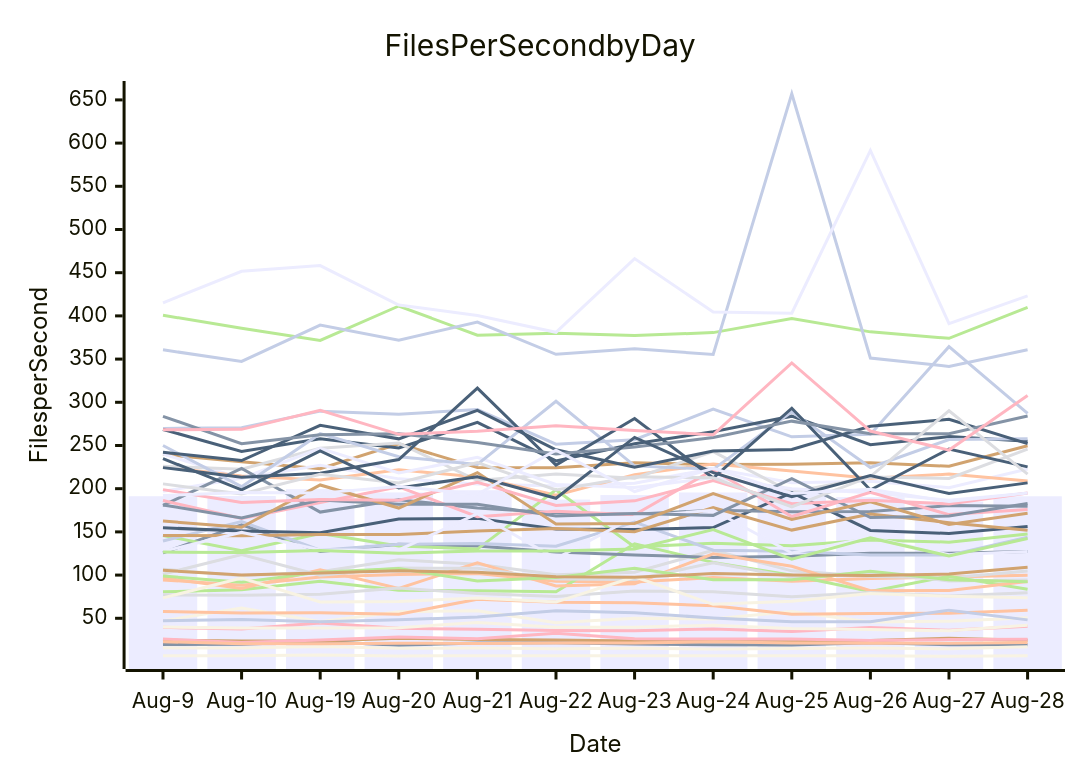
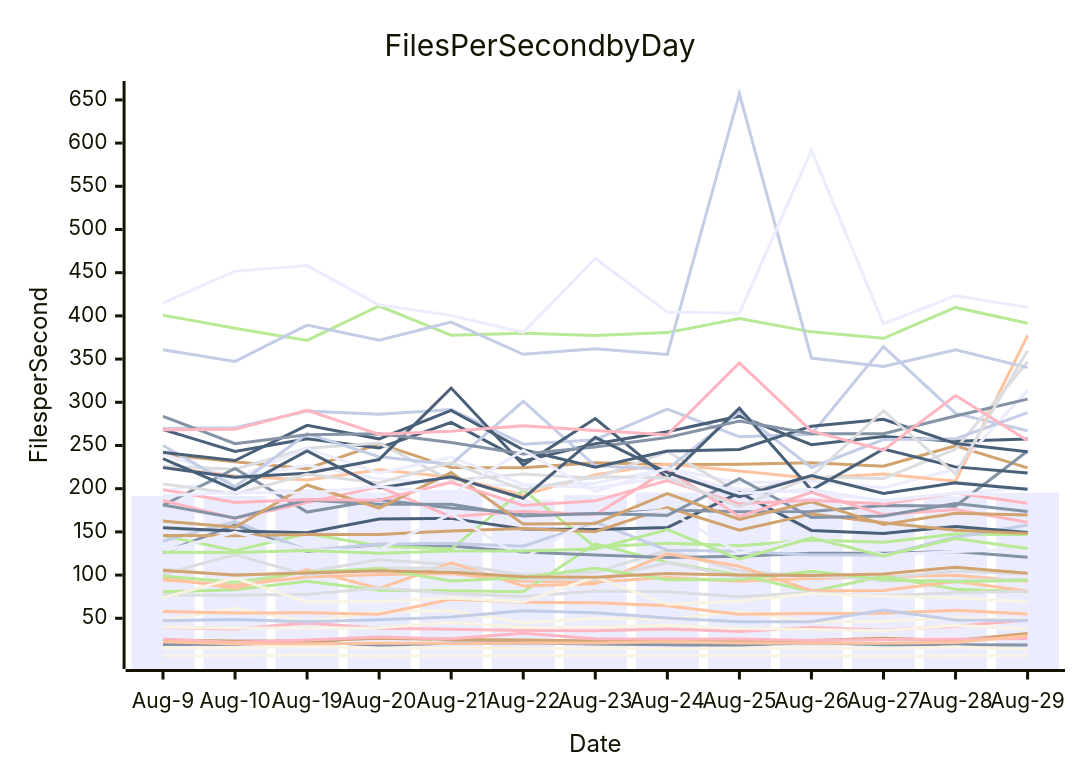
One commit to streetsidesoftware/cspell changed the diagram in perf-report.md. Above: the diagram before and after it, drawn with Mermaid. The commit also changed other lines of this file and 2 other files, not shown here.

````diff
--- a/perf-report.md
+++ b/perf-report.md
@@ -11,57 +11,57 @@
 ```mermaid
 xychart-beta
     title Files Per Second by Day
     y-axis Files per Second
-    x-axis Date [Aug-9, Aug-10, Aug-19, Aug-20, Aug-21, Aug-22, Aug-23, Aug-24, Aug-25, Aug-26, Aug-27, Aug-28]
-    bar [191.27, 191.48, 199.45, 195.67, 198.22, 187.40, 192.61, 195.61, 200.69, 190.24, 185.15, 191.23]
-    line [19.76, 19.87, 23.15, 18.80, 21.30, 21.70, 20.11, 19.24, 18.97, 21.74, 19.44, 19.50]
-    line [94.45, 88.13, 97.66, 100.71, 101.93, 92.80, 92.11, 97.07, 92.83, 96.14, 97.78, 99.79]
-    line [106.66, 99.38, 103.80, 117.71, 112.47, 100.50, 103.30, 128.71, 104.89, 98.28, 96.78, 104.60]
-    line [80.61, 83.15, 92.81, 82.44, 81.86, 80.75, 136.22, 114.72, 99.92, 81.00, 98.60, 83.62]
-    line [239.79, 231.09, 223.10, 252.00, 224.60, 224.17, 230.06, 227.93, 228.22, 229.99, 225.97, 249.68]
-    line [269.81, 270.47, 289.77, 286.14, 291.59, 251.52, 256.69, 292.19, 260.02, 262.94, 364.38, 287.21]
-    line [39.52, 37.52, 44.46, 38.46, 37.42, 35.96, 35.65, 37.61, 34.82, 39.47, 36.12, 40.86]
-    line [268.54, 243.09, 257.77, 247.18, 276.72, 232.23, 252.08, 266.01, 283.94, 251.01, 260.27, 254.92]
-    line [6.78, 6.60, 7.51, 6.38, 6.72, 6.55, 6.77, 6.55, 6.58, 6.64, 6.06, 6.53]
-    line [240.17, 211.99, 227.00, 211.38, 205.51, 203.10, 206.43, 223.33, 206.89, 208.72, 201.20, 222.72]
-    line [125.68, 158.27, 127.25, 135.61, 133.76, 126.70, 123.28, 120.42, 121.90, 125.42, 125.26, 127.33]
-    line [225.24, 214.74, 210.02, 221.88, 213.58, 192.56, 216.27, 228.68, 220.47, 211.98, 216.89, 208.83]
-    line [225.91, 222.58, 246.74, 252.74, 209.47, 217.12, 212.13, 242.98, 195.81, 213.43, 211.78, 245.83]
-    line [145.75, 128.32, 148.05, 133.76, 130.09, 198.58, 132.66, 136.89, 133.84, 140.74, 138.14, 147.54]
-    line [24.65, 23.72, 23.68, 26.94, 25.51, 24.79, 23.76, 23.53, 22.75, 24.32, 26.78, 24.44]
-    line [139.45, 161.93, 128.87, 135.71, 136.66, 133.36, 161.38, 128.87, 127.62, 123.35, 123.11, 143.71]
-    line [25.95, 22.03, 24.86, 28.29, 26.21, 32.71, 26.20, 26.09, 26.00, 24.43, 25.37, 25.72]
-    line [154.75, 150.93, 149.02, 164.86, 165.64, 153.35, 152.64, 155.02, 195.52, 151.70, 148.17, 156.31]
-    line [15.80, 15.53, 17.25, 15.28, 15.49, 14.84, 15.46, 14.39, 15.01, 15.63, 14.69, 17.08]
-    line [196.97, 211.99, 246.59, 218.10, 236.31, 204.94, 201.38, 212.81, 200.01, 195.34, 186.50, 194.59]
-    line [180.75, 223.35, 172.94, 187.16, 177.68, 172.01, 170.49, 175.09, 173.22, 173.59, 180.48, 179.74]
-    line [96.93, 84.41, 106.12, 84.61, 114.12, 87.31, 89.99, 124.55, 110.24, 81.92, 82.24, 92.49]
-    line [77.16, 76.75, 77.91, 84.91, 78.76, 75.34, 81.46, 80.77, 74.97, 79.78, 75.90, 79.64]
-    line [400.74, 385.62, 371.65, 411.46, 377.61, 379.88, 377.18, 380.64, 396.91, 381.52, 374.08, 409.79]
-    line [145.79, 145.58, 147.10, 147.08, 151.07, 153.94, 150.27, 178.09, 152.08, 170.66, 160.71, 152.01]
-    line [249.96, 202.34, 263.67, 236.99, 228.06, 301.20, 226.40, 222.40, 289.06, 224.56, 256.87, 257.70]
-    line [186.27, 165.43, 184.07, 202.12, 167.51, 173.85, 169.85, 221.75, 167.75, 195.90, 170.00, 175.89]
-    line [224.37, 213.27, 217.89, 233.79, 316.48, 227.32, 281.23, 212.31, 293.11, 198.49, 245.94, 225.24]
-    line [47.00, 61.84, 45.89, 57.63, 58.67, 44.77, 49.92, 49.06, 57.90, 45.60, 46.71, 50.51]
-    line [127.47, 149.55, 129.16, 129.10, 170.99, 119.13, 167.47, 175.06, 125.57, 143.51, 123.67, 127.21]
-    line [181.18, 166.12, 186.93, 181.85, 181.88, 168.34, 171.35, 169.12, 211.70, 166.64, 168.34, 182.86]
-    line [57.90, 56.15, 56.35, 54.76, 71.89, 68.47, 68.09, 64.39, 54.76, 55.64, 55.71, 59.28]
-    line [101.07, 123.80, 99.87, 108.06, 107.98, 95.34, 94.96, 114.12, 97.84, 103.09, 93.25, 94.27]
-    line [98.84, 91.76, 103.43, 107.49, 93.08, 97.11, 107.90, 94.53, 94.47, 104.38, 94.67, 92.38]
-    line [162.48, 155.40, 204.32, 177.59, 218.64, 159.00, 159.79, 194.26, 164.45, 184.75, 158.60, 171.47]
-    line [360.76, 347.31, 389.41, 371.89, 392.82, 355.53, 361.83, 355.43, 657.12, 351.25, 341.51, 360.76]
-    line [198.91, 184.05, 187.41, 186.67, 207.48, 180.49, 185.92, 209.38, 182.67, 186.49, 182.43, 194.97]
-    line [242.10, 232.62, 273.32, 257.69, 290.62, 245.10, 224.83, 243.49, 245.36, 272.30, 280.33, 252.18]
-    line [73.60, 96.61, 68.89, 69.48, 73.38, 68.77, 97.84, 66.15, 69.59, 78.77, 75.57, 73.80]
-    line [415.14, 451.69, 458.22, 412.53, 400.53, 380.98, 466.37, 404.40, 403.18, 591.49, 390.96, 423.25]
-    line [283.77, 252.09, 262.36, 263.68, 253.37, 240.18, 248.22, 259.20, 278.18, 263.50, 263.68, 284.05]
-    line [22.84, 20.59, 20.47, 21.22, 20.90, 21.42, 21.40, 22.88, 21.36, 21.22, 21.19, 22.04]
-    line [205.56, 193.98, 216.67, 206.61, 230.20, 198.53, 213.69, 212.64, 179.07, 214.07, 290.22, 216.81]
-    line [126.64, 126.17, 128.45, 125.27, 127.94, 127.77, 130.20, 152.67, 118.34, 143.02, 122.15, 142.33]
-    line [105.46, 100.11, 102.43, 104.89, 103.21, 98.21, 97.36, 101.78, 100.00, 99.58, 101.28, 109.08]
-    line [47.26, 48.66, 46.00, 48.26, 51.42, 58.83, 56.30, 50.38, 45.97, 45.91, 59.43, 48.16]
-    line [268.09, 268.70, 290.78, 262.94, 266.60, 272.93, 267.45, 262.37, 345.57, 266.69, 244.68, 307.76]
-    line [234.76, 198.61, 243.75, 200.90, 213.71, 188.91, 259.37, 218.53, 190.79, 215.33, 194.36, 206.72]
-    line [39.98, 38.63, 38.64, 39.11, 45.24, 39.50, 39.66, 42.07, 38.23, 36.94, 35.58, 41.81]
-    line [192.03, 195.48, 194.87, 202.54, 193.62, 244.63, 196.70, 223.56, 194.58, 199.46, 185.25, 194.89]
+    x-axis Date [Aug-9, Aug-10, Aug-19, Aug-20, Aug-21, Aug-22, Aug-23, Aug-24, Aug-25, Aug-26, Aug-27, Aug-28, Aug-29]
+    bar [191.27, 191.48, 199.45, 195.67, 198.22, 187.40, 192.61, 195.61, 200.69, 190.24, 185.15, 191.23, 195.37]
+    line [19.76, 19.87, 23.15, 18.80, 21.30, 21.70, 20.11, 19.24, 18.97, 21.74, 19.44, 19.50, 19.20]
+    line [94.45, 88.13, 97.66, 100.71, 101.93, 92.80, 92.11, 97.07, 92.83, 96.14, 97.78, 99.79, 92.99]
+    line [106.66, 99.38, 103.80, 117.71, 112.47, 100.50, 103.30, 128.71, 104.89, 98.28, 96.78, 104.60, 101.13]
+    line [80.61, 83.15, 92.81, 82.44, 81.86, 80.75, 136.22, 114.72, 99.92, 81.00, 98.60, 83.62, 80.81]
+    line [239.79, 231.09, 223.10, 252.00, 224.60, 224.17, 230.06, 227.93, 228.22, 229.99, 225.97, 249.68, 224.12]
+    line [269.81, 270.47, 289.77, 286.14, 291.59, 251.52, 256.69, 292.19, 260.02, 262.94, 364.38, 287.21, 267.07]
+    line [39.52, 37.52, 44.46, 38.46, 37.42, 35.96, 35.65, 37.61, 34.82, 39.47, 36.12, 40.86, 48.01]
+    line [268.54, 243.09, 257.77, 247.18, 276.72, 232.23, 252.08, 266.01, 283.94, 251.01, 260.27, 254.92, 257.60]
+    line [6.78, 6.60, 7.51, 6.38, 6.72, 6.55, 6.77, 6.55, 6.58, 6.64, 6.06, 6.53, 6.57]
+    line [240.17, 211.99, 227.00, 211.38, 205.51, 203.10, 206.43, 223.33, 206.89, 208.72, 201.20, 222.72, 313.85]
+    line [125.68, 158.27, 127.25, 135.61, 133.76, 126.70, 123.28, 120.42, 121.90, 125.42, 125.26, 127.33, 120.64]
+    line [225.24, 214.74, 210.02, 221.88, 213.58, 192.56, 216.27, 228.68, 220.47, 211.98, 216.89, 208.83, 377.28]
+    line [225.91, 222.58, 246.74, 252.74, 209.47, 217.12, 212.13, 242.98, 195.81, 213.43, 211.78, 245.83, 346.89]
+    line [145.75, 128.32, 148.05, 133.76, 130.09, 198.58, 132.66, 136.89, 133.84, 140.74, 138.14, 147.54, 146.55]
+    line [24.65, 23.72, 23.68, 26.94, 25.51, 24.79, 23.76, 23.53, 22.75, 24.32, 26.78, 24.44, 32.43]
+    line [139.45, 161.93, 128.87, 135.71, 136.66, 133.36, 161.38, 128.87, 127.62, 123.35, 123.11, 143.71, 157.94]
+    line [25.95, 22.03, 24.86, 28.29, 26.21, 32.71, 26.20, 26.09, 26.00, 24.43, 25.37, 25.72, 26.51]
+    line [154.75, 150.93, 149.02, 164.86, 165.64, 153.35, 152.64, 155.02, 195.52, 151.70, 148.17, 156.31, 149.39]
+    line [15.80, 15.53, 17.25, 15.28, 15.49, 14.84, 15.46, 14.39, 15.01, 15.63, 14.69, 17.08, 14.10]
+    line [196.97, 211.99, 246.59, 218.10, 236.31, 204.94, 201.38, 212.81, 200.01, 195.34, 186.50, 194.59, 201.00]
+    line [180.75, 223.35, 172.94, 187.16, 177.68, 172.01, 170.49, 175.09, 173.22, 173.59, 180.48, 179.74, 243.56]
+    line [96.93, 84.41, 106.12, 84.61, 114.12, 87.31, 89.99, 124.55, 110.24, 81.92, 82.24, 92.49, 81.67]
+    line [77.16, 76.75, 77.91, 84.91, 78.76, 75.34, 81.46, 80.77, 74.97, 79.78, 75.90, 79.64, 81.40]
+    line [400.74, 385.62, 371.65, 411.46, 377.61, 379.88, 377.18, 380.64, 396.91, 381.52, 374.08, 409.79, 391.59]
+    line [145.79, 145.58, 147.10, 147.08, 151.07, 153.94, 150.27, 178.09, 152.08, 170.66, 160.71, 152.01, 148.28]
+    line [249.96, 202.34, 263.67, 236.99, 228.06, 301.20, 226.40, 222.40, 289.06, 224.56, 256.87, 257.70, 287.97]
+    line [186.27, 165.43, 184.07, 202.12, 167.51, 173.85, 169.85, 221.75, 167.75, 195.90, 170.00, 175.89, 161.05]
+    line [224.37, 213.27, 217.89, 233.79, 316.48, 227.32, 281.23, 212.31, 293.11, 198.49, 245.94, 225.24, 218.17]
+    line [47.00, 61.84, 45.89, 57.63, 58.67, 44.77, 49.92, 49.06, 57.90, 45.60, 46.71, 50.51, 48.37]
+    line [127.47, 149.55, 129.16, 129.10, 170.99, 119.13, 167.47, 175.06, 125.57, 143.51, 123.67, 127.21, 130.16]
+    line [181.18, 166.12, 186.93, 181.85, 181.88, 168.34, 171.35, 169.12, 211.70, 166.64, 168.34, 182.86, 173.63]
+    line [57.90, 56.15, 56.35, 54.76, 71.89, 68.47, 68.09, 64.39, 54.76, 55.64, 55.71, 59.28, 54.85]
+    line [101.07, 123.80, 99.87, 108.06, 107.98, 95.34, 94.96, 114.12, 97.84, 103.09, 93.25, 94.27, 95.28]
+    line [98.84, 91.76, 103.43, 107.49, 93.08, 97.11, 107.90, 94.53, 94.47, 104.38, 94.67, 92.38, 93.95]
+    line [162.48, 155.40, 204.32, 177.59, 218.64, 159.00, 159.79, 194.26, 164.45, 184.75, 158.60, 171.47, 169.60]
+    line [360.76, 347.31, 389.41, 371.89, 392.82, 355.53, 361.83, 355.43, 657.12, 351.25, 341.51, 360.76, 340.11]
+    line [198.91, 184.05, 187.41, 186.67, 207.48, 180.49, 185.92, 209.38, 182.67, 186.49, 182.43, 194.97, 183.27]
+    line [242.10, 232.62, 273.32, 257.69, 290.62, 245.10, 224.83, 243.49, 245.36, 272.30, 280.33, 252.18, 242.64]
+    line [73.60, 96.61, 68.89, 69.48, 73.38, 68.77, 97.84, 66.15, 69.59, 78.77, 75.57, 73.80, 69.15]
+    line [415.14, 451.69, 458.22, 412.53, 400.53, 380.98, 466.37, 404.40, 403.18, 591.49, 390.96, 423.25, 409.89]
+    line [283.77, 252.09, 262.36, 263.68, 253.37, 240.18, 248.22, 259.20, 278.18, 263.50, 263.68, 284.05, 303.63]
+    line [22.84, 20.59, 20.47, 21.22, 20.90, 21.42, 21.40, 22.88, 21.36, 21.22, 21.19, 22.04, 29.75]
+    line [205.56, 193.98, 216.67, 206.61, 230.20, 198.53, 213.69, 212.64, 179.07, 214.07, 290.22, 216.81, 359.94]
+    line [126.64, 126.17, 128.45, 125.27, 127.94, 127.77, 130.20, 152.67, 118.34, 143.02, 122.15, 142.33, 130.77]
+    line [105.46, 100.11, 102.43, 104.89, 103.21, 98.21, 97.36, 101.78, 100.00, 99.58, 101.28, 109.08, 102.06]
+    line [47.26, 48.66, 46.00, 48.26, 51.42, 58.83, 56.30, 50.38, 45.97, 45.91, 59.43, 48.16, 47.53]
+    line [268.09, 268.70, 290.78, 262.94, 266.60, 272.93, 267.45, 262.37, 345.57, 266.69, 244.68, 307.76, 255.74]
+    line [234.76, 198.61, 243.75, 200.90, 213.71, 188.91, 259.37, 218.53, 190.79, 215.33, 194.36, 206.72, 199.24]
+    line [39.98, 38.63, 38.64, 39.11, 45.24, 39.50, 39.66, 42.07, 38.23, 36.94, 35.58, 41.81, 37.53]
+    line [192.03, 195.48, 194.87, 202.54, 193.62, 244.63, 196.70, 223.56, 194.58, 199.46, 185.25, 194.89, 191.72]
 ```
````
